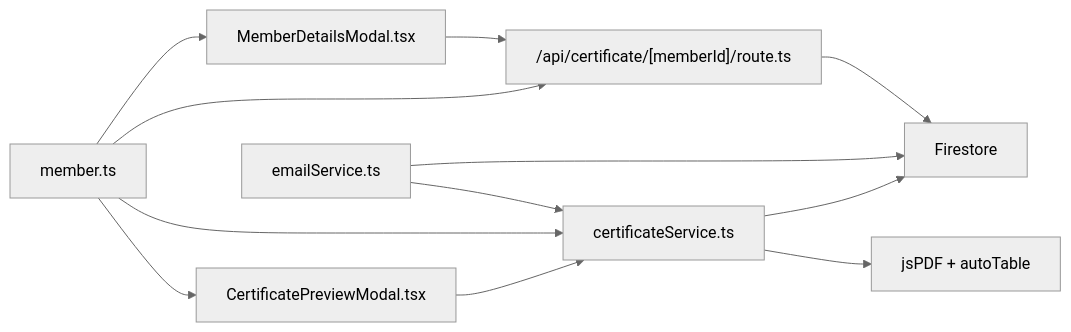
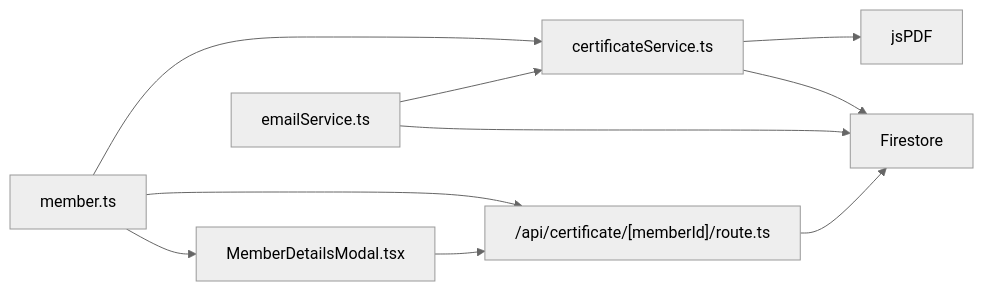
The sixth of 6 diagrams in .qoder/repowiki/en/content/Email & Notification System/Certificate Generation System.md (Unsure-bry/sampacoop_system), drawn with Mermaid (neutral theme) before and after one commit. The commit also changed other lines of this file and 24 other files, not shown here.

````diff
--- a/.qoder/repowiki/en/content/Email & Notification System/Certificate Generation System.md
+++ b/.qoder/repowiki/en/content/Email & Notification System/Certificate Generation System.md
@@ -414,14 +387,12 @@
 ```mermaid
 graph LR
-UI["MemberDetailsModal.tsx"] --> API["/api/certificate/[memberId]/route.ts"]
-Preview["CertificatePreviewModal.tsx"] --> Service["certificateService.ts"]
-API --> FS["Firestore"]
-Service --> FS
-Service --> PDF["jsPDF + autoTable"]
-Email["emailService.ts"] --> FS
-Email --> Service
-Types["member.ts"] --> UI
+Service["certificateService.ts"] --> JS["jsPDF"]
+Service --> FS["Firestore"]
+API["/api/certificate/[memberId]/route.ts"] --> FS
+MemberDetails["MemberDetailsModal.tsx"] --> API
+Email["emailService.ts"] --> Service
+Email --> FS
+Types["member.ts"] --> Service
 Types --> API
-Types --> Service
-Types --> Preview
+Types --> MemberDetails
 ```
````
